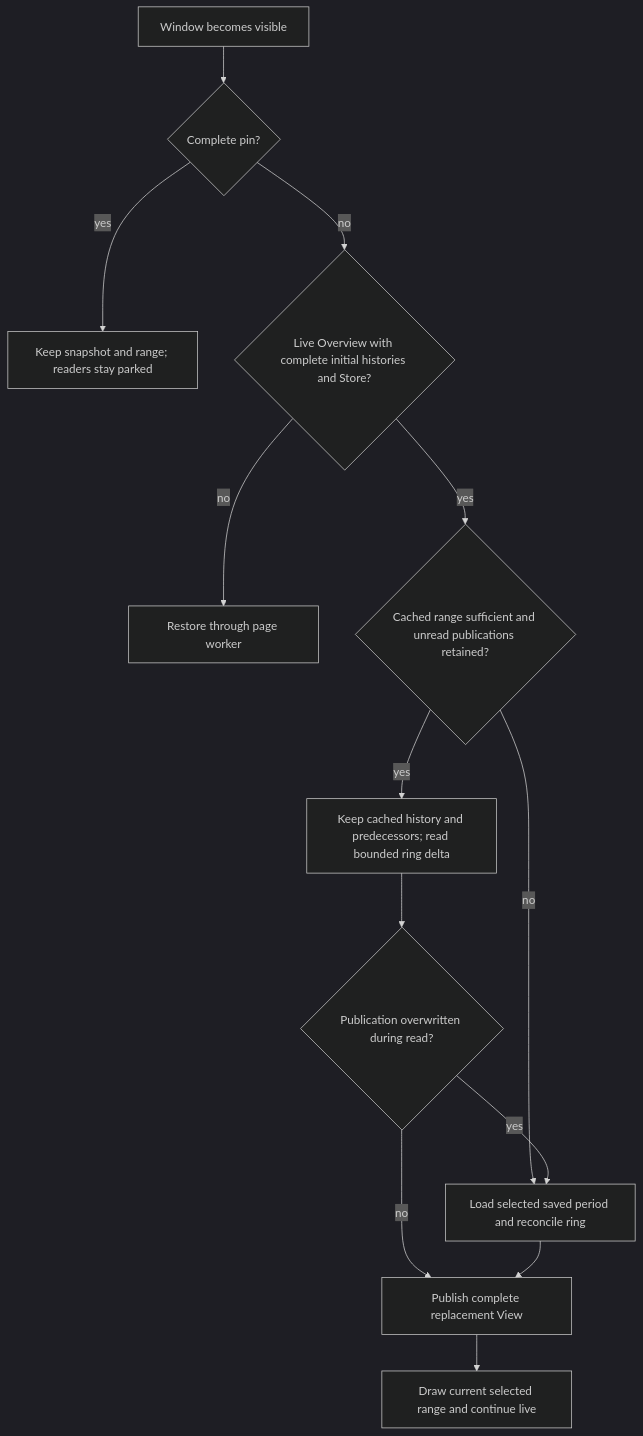
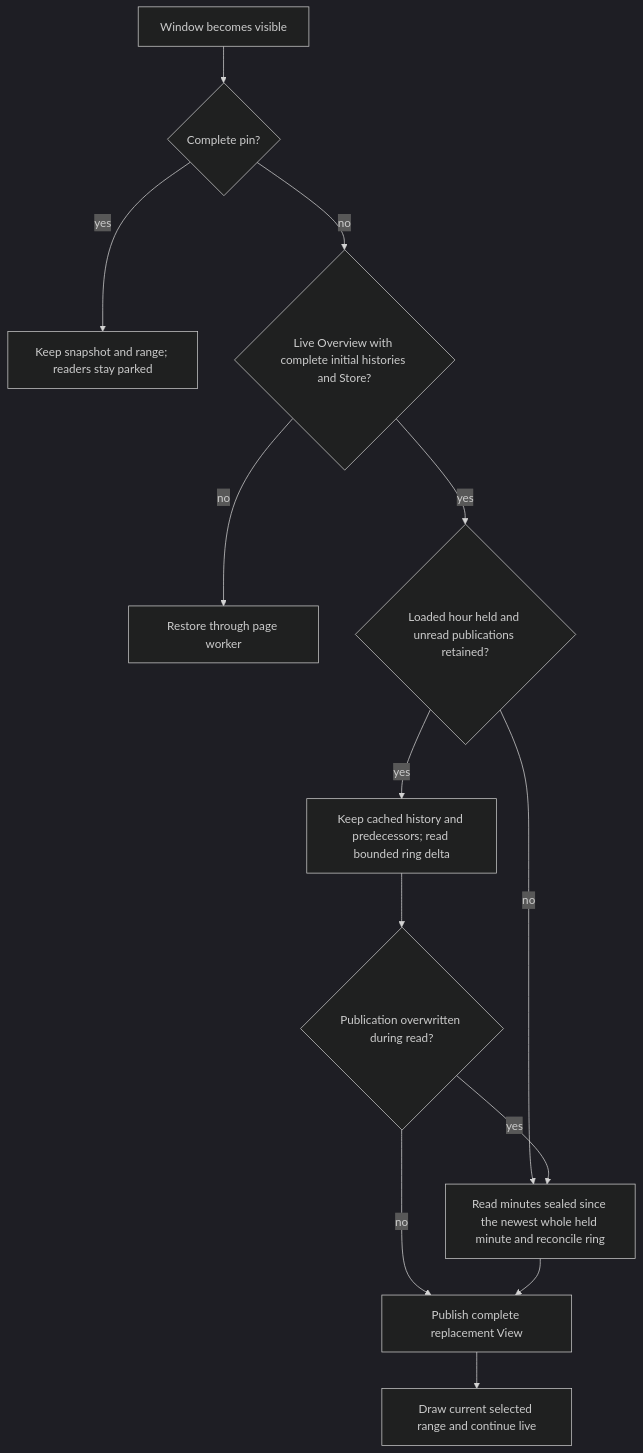
The third of 3 diagrams in docs/architecture.md (joaofnds/flightdeck), drawn with Mermaid (dark theme) before and after one commit. The commit also changed other lines of this file and 17 other files, not shown here.

````diff
--- a/docs/architecture.md
+++ b/docs/architecture.md
@@ -135,15 +137,15 @@
 ```mermaid
 flowchart TD
     Show[Window becomes visible] --> Pin{Complete pin?}
     Pin -->|yes| Keep[Keep snapshot and range; readers stay parked]
     Pin -->|no| Eligible{Live Overview with complete initial histories and Store?}
     Eligible -->|no| Worker[Restore through page worker]
-    Eligible -->|yes| Covered{Cached range sufficient and unread publications retained?}
+    Eligible -->|yes| Covered{Loaded hour held and unread publications retained?}
     Covered -->|yes| Delta[Keep cached history and predecessors; read bounded ring delta]
-    Covered -->|no| Reload[Load selected saved period and reconcile ring]
+    Covered -->|no| Reload[Read minutes sealed since the newest whole held minute and reconcile ring]
     Delta --> Lost{Publication overwritten during read?}
     Lost -->|yes| Reload
     Lost -->|no| Complete[Publish complete replacement View]
     Reload --> Complete
     Complete --> Live[Draw current selected range and continue live]
 ```
````
